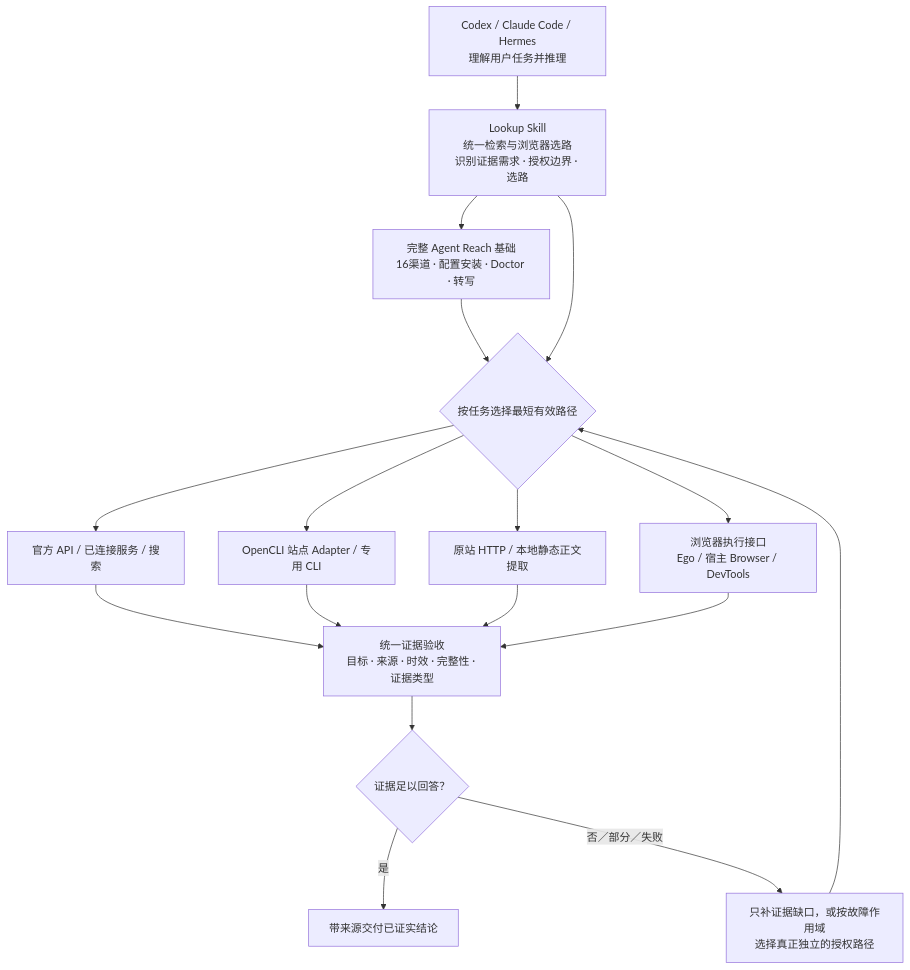
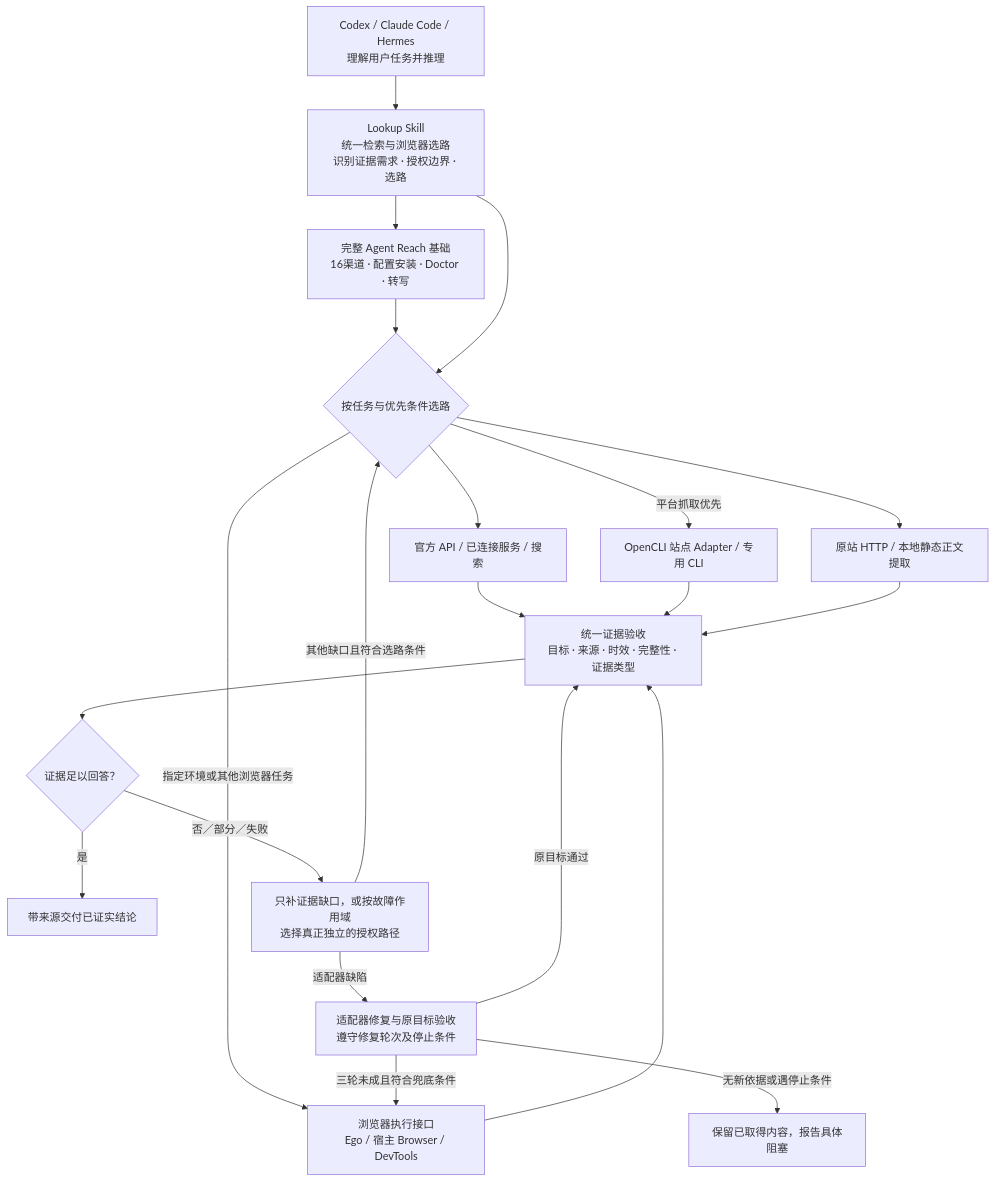
The diagram in lookup/README.md (ldl8818/skills), drawn with Mermaid before and after one commit. The commit also changed other lines of this file and 23 other files, not shown here.

````diff
--- a/lookup/README.md
+++ b/lookup/README.md
@@ -58,32 +62,38 @@
 ```mermaid
 flowchart TB
     agent["Codex / Claude Code / Hermes<br/>理解用户任务并推理"]
     lookup["Lookup Skill<br/>统一检索与浏览器选路<br/>识别证据需求 · 授权边界 · 选路"]
     reach["完整 Agent Reach 基础<br/>16渠道 · 配置安装 · Doctor · 转写"]
-    choose{"按任务选择最短有效路径"}
+    choose{"按任务与优先条件选路"}
     official["官方 API / 已连接服务 / 搜索"]
     adapters["OpenCLI 站点 Adapter / 专用 CLI"]
     static["原站 HTTP / 本地静态正文提取"]
     browser["浏览器执行接口<br/>Ego / 宿主 Browser / DevTools"]
     evidence["统一证据验收<br/>目标 · 来源 · 时效 · 完整性 · 证据类型"]
     enough{"证据足以回答？"}
     done["带来源交付已证实结论"]
     recover["只补证据缺口，或按故障作用域<br/>选择真正独立的授权路径"]
+    repair["适配器修复与原目标验收<br/>遵守修复轮次及停止条件"]
+    blocked["保留已取得内容，报告具体阻塞"]
 
     agent --> lookup
     lookup --> reach
     reach --> choose
     lookup --> choose
     choose --> official
-    choose --> adapters
+    choose -->|平台抓取优先| adapters
     choose --> static
-    choose --> browser
+    choose -->|指定环境或其他浏览器任务| browser
     official --> evidence
     adapters --> evidence
     static --> evidence
     browser --> evidence
     evidence --> enough
     enough -->|是| done
     enough -->|否／部分／失败| recover
-    recover --> choose
+    recover -->|适配器缺陷| repair
+    recover -->|其他缺口且符合选路条件| choose
+    repair -->|原目标通过| evidence
+    repair -->|三轮未成且符合兜底条件| browser
+    repair -->|无新依据或遇停止条件| blocked
 ```
````
